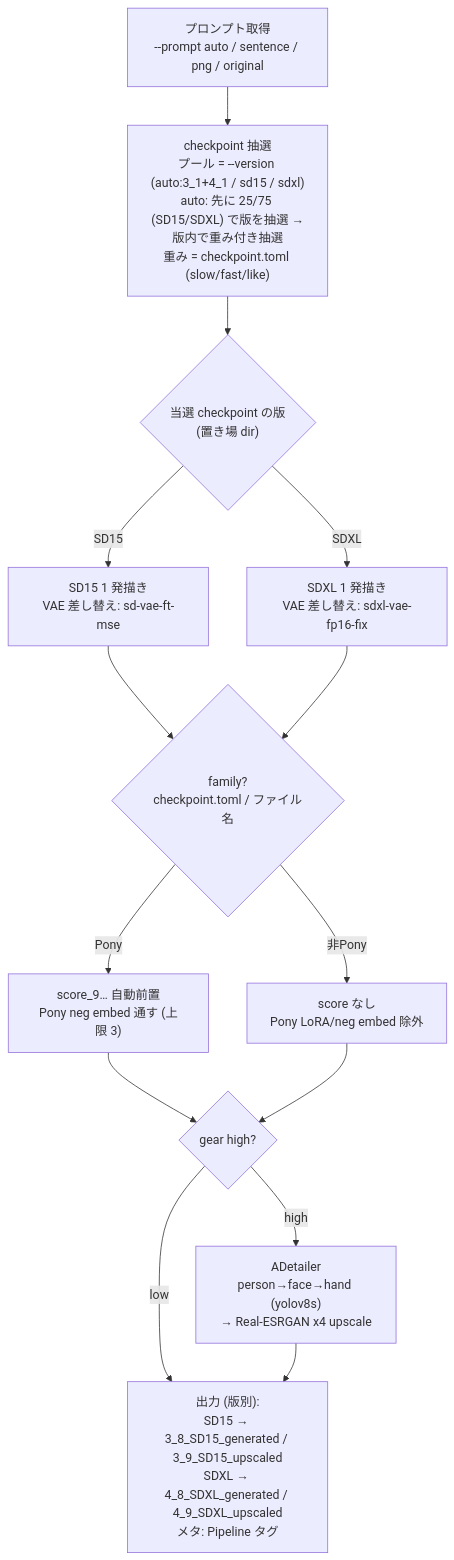
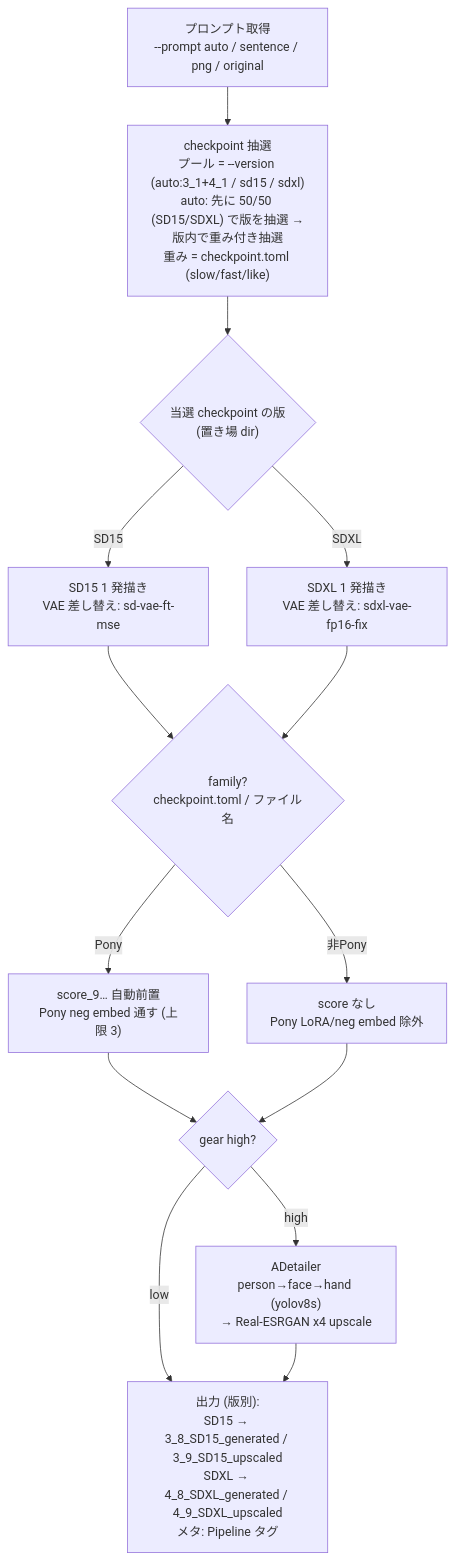
The diagram in README_ja.md (AZO234/comfyui_playground), drawn with Mermaid before and after one commit. The commit also changed other lines of this file and 6 other files, not shown here.

````diff
--- a/README_ja.md
+++ b/README_ja.md
@@ -115,21 +144,21 @@
 ```mermaid
 flowchart TD
   P["プロンプト取得<br/>--prompt auto / sentence / png / original"]
-  P --> CK["checkpoint 抽選<br/>プール = --version (auto:3_1+4_1 / sd15 / sdxl)<br/>auto: 先に 25/75 (SD15/SDXL) で版を抽選 →<br/>版内で重み付き抽選<br/>重み = checkpoint.toml (slow/fast/like)"]
+  P --> CK["checkpoint 抽選<br/>プール = --version (auto:3_1+4_1 / sd15 / sdxl)<br/>auto: 先に 50/50 (SD15/SDXL) で版を抽選 →<br/>版内で重み付き抽選<br/>重み = checkpoint.toml (slow/fast/like)"]
   CK --> V{"当選 checkpoint の版<br/>(置き場 dir)"}
 
   V -->|"SD15"| S1["SD15 1 発描き<br/>VAE 差し替え: sd-vae-ft-mse"]
   V -->|"SDXL"| S2["SDXL 1 発描き<br/>VAE 差し替え: sdxl-vae-fp16-fix"]
 
   S1 --> FAM
   S2 --> FAM
   FAM{"family?<br/>checkpoint.toml / ファイル名"}
   FAM -->|Pony| FP["score_9… 自動前置<br/>Pony neg embed 通す (上限 3)"]
   FAM -->|非Pony| FN["score なし<br/>Pony LoRA/neg embed 除外"]
 
   FP --> HG{"gear high?"}
   FN --> HG
   HG -->|high| AD["ADetailer<br/>person→face→hand (yolov8s)<br/>→ Real-ESRGAN x4 upscale"]
   HG -->|low| OUT
   AD --> OUT["出力 (版別):<br/>SD15 → 3_8_SD15_generated / 3_9_SD15_upscaled<br/>SDXL → 4_8_SDXL_generated / 4_9_SDXL_upscaled<br/>メタ: Pipeline タグ"]
 ```
````
